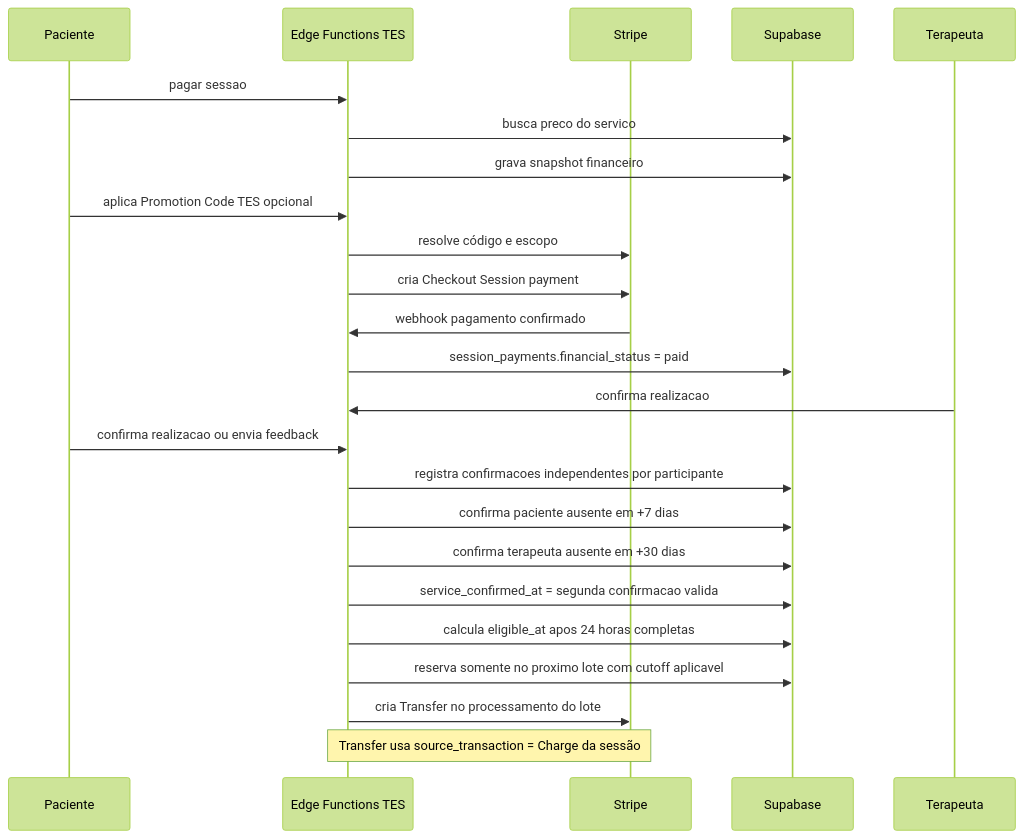
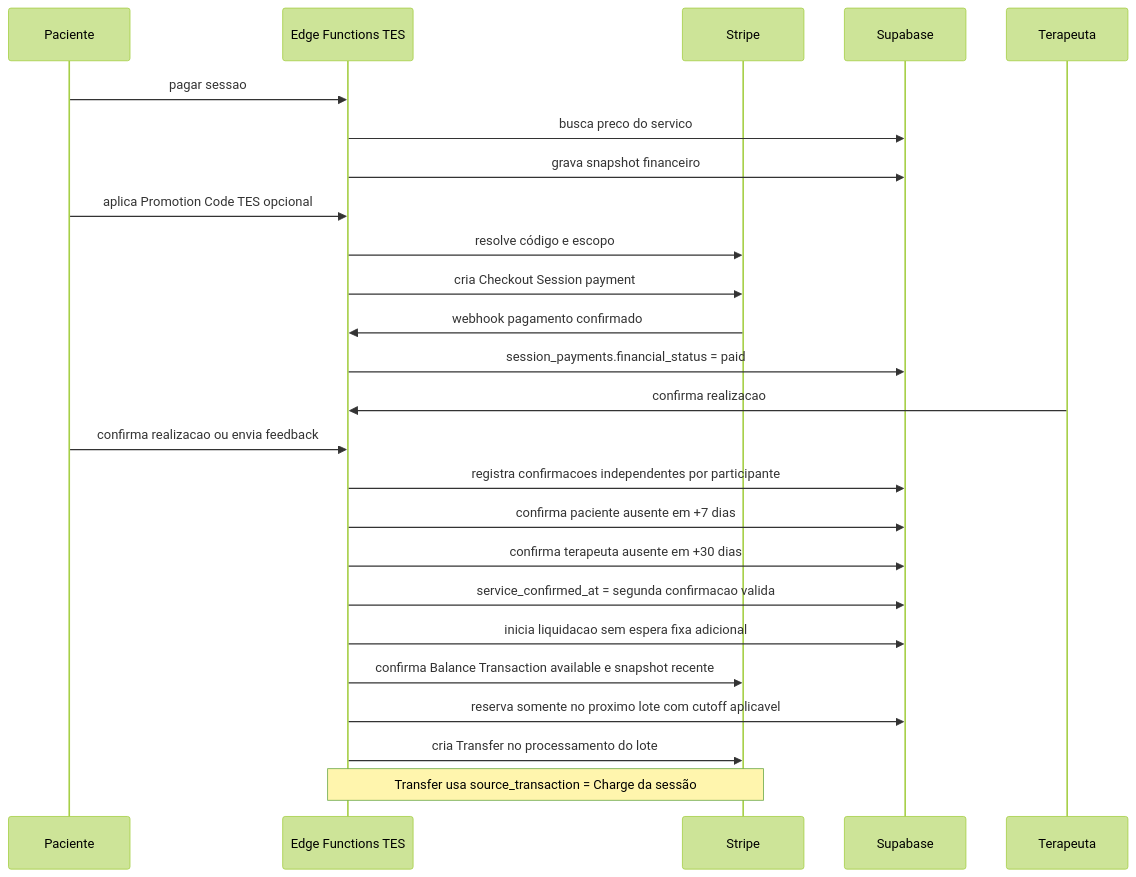
The second of 2 diagrams in docs/payments/architecture.md (projetos-eba/terapeuta-eu-sou), drawn with Mermaid (forest theme) before and after one commit. The commit also changed other lines of this file and 28 other files, not shown here.

````diff
--- a/docs/payments/architecture.md
+++ b/docs/payments/architecture.md
@@ -310,27 +313,28 @@
 ```mermaid
 sequenceDiagram
   participant P as Paciente
   participant TES as Edge Functions TES
   participant S as Stripe
   participant DB as Supabase
   participant T as Terapeuta
 
   P->>TES: pagar sessao
   TES->>DB: busca preco do servico
   TES->>DB: grava snapshot financeiro
   P->>TES: aplica Promotion Code TES opcional
   TES->>S: resolve código e escopo
   TES->>S: cria Checkout Session payment
   S->>TES: webhook pagamento confirmado
   TES->>DB: session_payments.financial_status = paid
   T->>TES: confirma realizacao
   P->>TES: confirma realizacao ou envia feedback
   TES->>DB: registra confirmacoes independentes por participante
   TES->>DB: confirma paciente ausente em +7 dias
   TES->>DB: confirma terapeuta ausente em +30 dias
   TES->>DB: service_confirmed_at = segunda confirmacao valida
-  TES->>DB: calcula eligible_at apos 24 horas completas
+  TES->>DB: inicia liquidacao sem espera fixa adicional
+  TES->>S: confirma Balance Transaction available e snapshot recente
   TES->>DB: reserva somente no proximo lote com cutoff aplicavel
   TES->>S: cria Transfer no processamento do lote
   Note over TES,S: Transfer usa source_transaction = Charge da sessão
 ```
````
